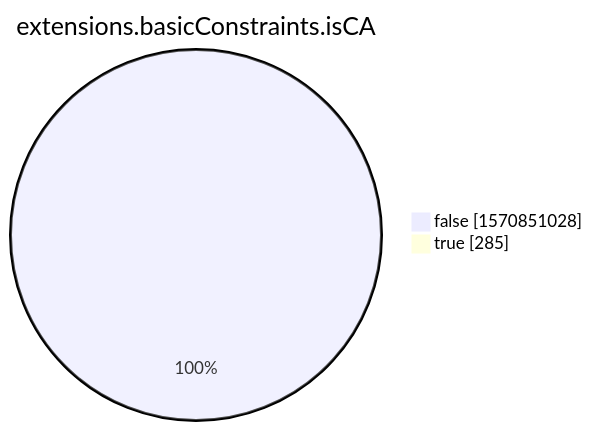
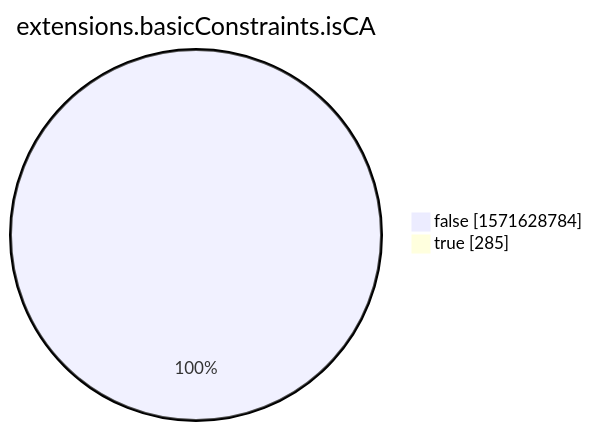
The eighth of 15 diagrams in xenon2022/README.md (christiankrug/ctmonitor_visualization), drawn with Mermaid before and after one commit. The commit also changed other lines of this file, not shown here.

````diff
--- a/xenon2022/README.md
+++ b/xenon2022/README.md
@@ -2861,6 +2861,6 @@
 ```mermaid
 pie showData
 title extensions.basicConstraints.isCA
-"false" :1570851028
+"false" :1571628784
 "true" :285
 ```
````
